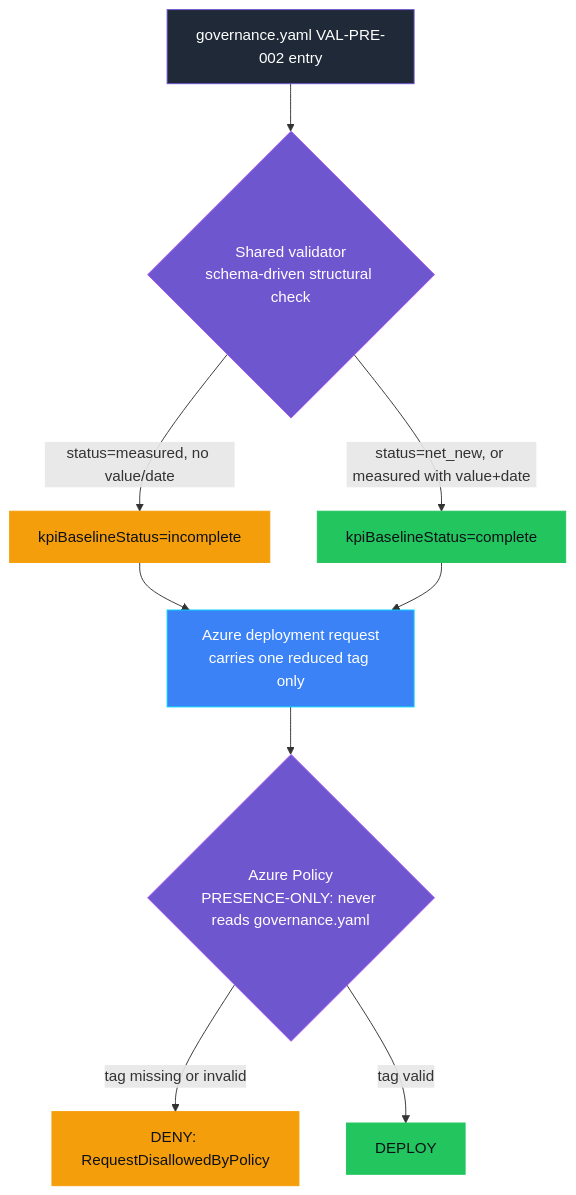
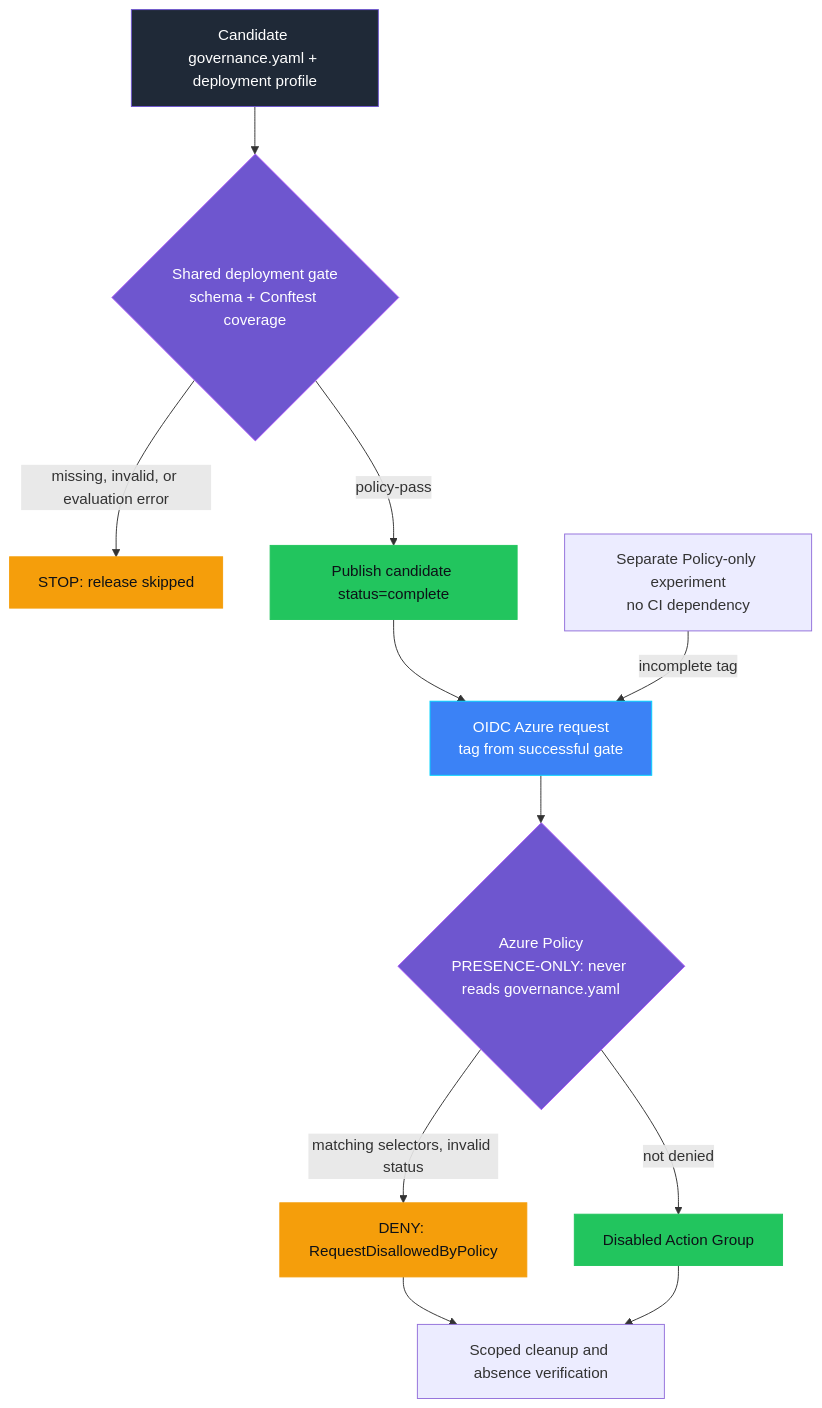
The diagram in controls/value_adoption_and_finops/VAL-PRE-002_kpi_baseline_missing/README.md (doruit/forged-with-foundry), drawn with Mermaid before and after one commit. The commit also changed other lines of this file and 48 other files, not shown here.

First line of the commit message:
feat(value-adoption): add KPI monitoring and baseline gate demos

````diff
--- a/controls/value_adoption_and_finops/VAL-PRE-002_kpi_baseline_missing/README.md
+++ b/controls/value_adoption_and_finops/VAL-PRE-002_kpi_baseline_missing/README.md
@@ -140,22 +153,24 @@
 ```mermaid
 flowchart TB
-  Y[governance.yaml VAL-PRE-002 entry] --> V{"Shared validator<br/>schema-driven structural check"}
-  V -->|status=measured, no value/date| INCOMPLETE[kpiBaselineStatus=incomplete]
-  V -->|status=net_new, or measured with value+date| COMPLETE[kpiBaselineStatus=complete]
-  INCOMPLETE --> REQ[Azure deployment request<br/>carries one reduced tag only]
-  COMPLETE --> REQ
+  Y[Candidate governance.yaml + deployment profile] --> V{"Shared deployment gate<br/>schema + Conftest coverage"}
+  V -->|missing, invalid, or evaluation error| INCOMPLETE[STOP: release skipped]
+  V -->|policy-pass| COMPLETE[Publish candidate status=complete]
+  COMPLETE --> REQ[OIDC Azure request<br/>tag from successful gate]
+  EXP[Separate Policy-only experiment<br/>no CI dependency] -->|incomplete tag| REQ
   REQ --> POLICY{"Azure Policy<br/>PRESENCE-ONLY: never reads governance.yaml"}
-  POLICY -->|tag missing or invalid| DENY[DENY: RequestDisallowedByPolicy]
-  POLICY -->|tag valid| DEPLOY[DEPLOY]
+  POLICY -->|matching selectors, invalid status| DENY[DENY: RequestDisallowedByPolicy]
+  POLICY -->|not denied| DEPLOY[Disabled Action Group]
+  DENY --> CLEAN[Scoped cleanup and absence verification]
+  DEPLOY --> CLEAN
 
   classDef governance fill:#6E56CF,stroke:#A855F7,color:#FFFFFF
   classDef platform fill:#3B82F6,stroke:#00D4FF,color:#FFFFFF
   classDef success fill:#22C55E,stroke:#22C55E,color:#0D1117
   classDef attention fill:#F59E0B,stroke:#F59E0B,color:#0D1117
   classDef neutral fill:#1F2937,stroke:#6E56CF,color:#FFFFFF
   class Y neutral
   class V,POLICY governance
   class REQ platform
   class INCOMPLETE,DENY attention
   class COMPLETE,DEPLOY success
 ```
````
